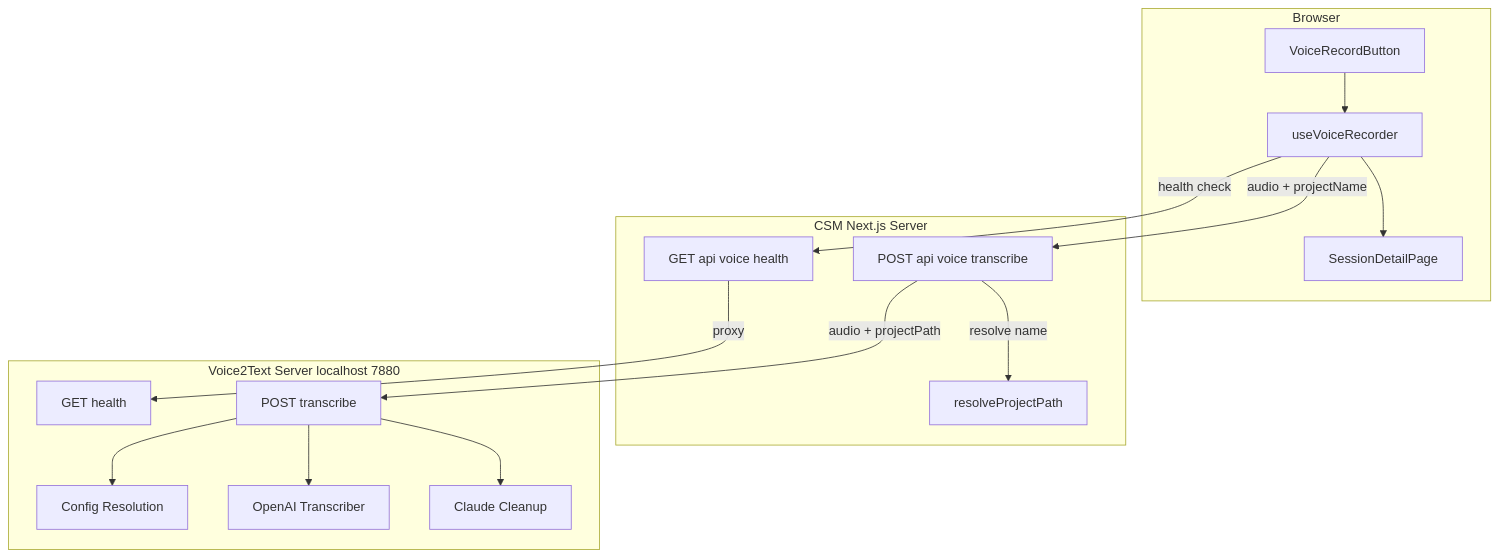
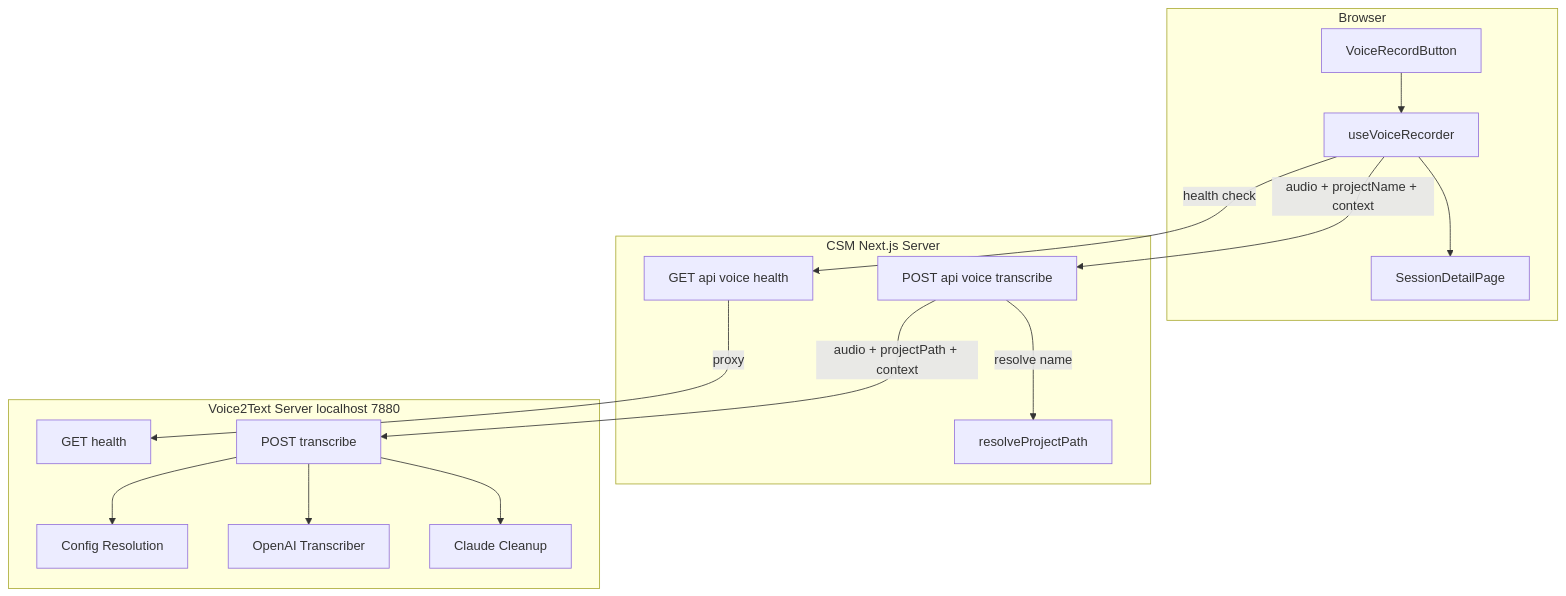
The first of 2 diagrams in .kiro/specs/voice-transcription-integration/design.md (amhuppert/remote-ai-manager), drawn with Mermaid before and after one commit. The commit also changed other lines of this file and 8 other files, not shown here.

````diff
--- a/.kiro/specs/voice-transcription-integration/design.md
+++ b/.kiro/specs/voice-transcription-integration/design.md
@@ -38,33 +39,33 @@
 ```mermaid
 graph TB
     subgraph Browser
         VRB[VoiceRecordButton]
         Hook[useVoiceRecorder]
         SDP[SessionDetailPage]
     end
 
     subgraph CSM_Server[CSM Next.js Server]
         HealthRoute[GET api voice health]
         TranscribeRoute[POST api voice transcribe]
         ProjectResolver[resolveProjectPath]
     end
 
     subgraph V2T_Server[Voice2Text Server localhost 7880]
         V2THealth[GET health]
         V2TTranscribe[POST transcribe]
         ConfigLoader[Config Resolution]
         Transcriber[OpenAI Transcriber]
         Cleanup[Claude Cleanup]
     end
 
     VRB --> Hook
     Hook --> SDP
     Hook -->|health check| HealthRoute
-    Hook -->|audio + projectName| TranscribeRoute
+    Hook -->|audio + projectName + context| TranscribeRoute
     HealthRoute -->|proxy| V2THealth
     TranscribeRoute -->|resolve name| ProjectResolver
-    TranscribeRoute -->|audio + projectPath| V2TTranscribe
+    TranscribeRoute -->|audio + projectPath + context| V2TTranscribe
     V2TTranscribe --> ConfigLoader
     V2TTranscribe --> Transcriber
     V2TTranscribe --> Cleanup
 ```
````
